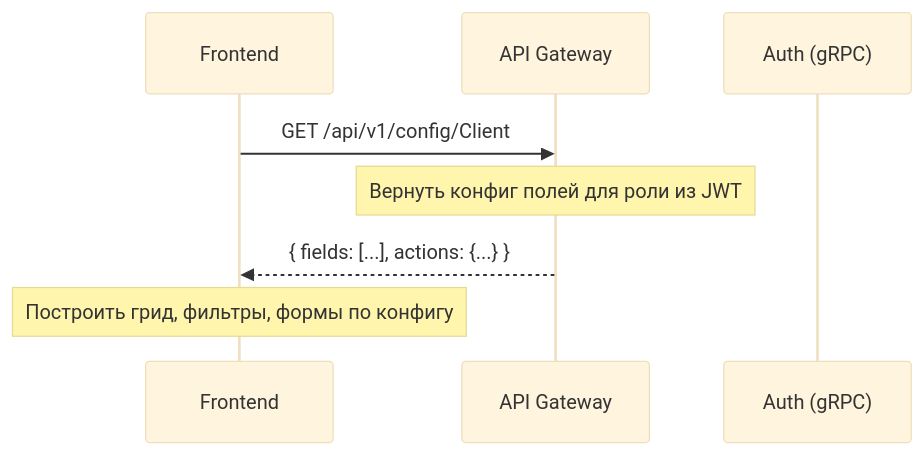
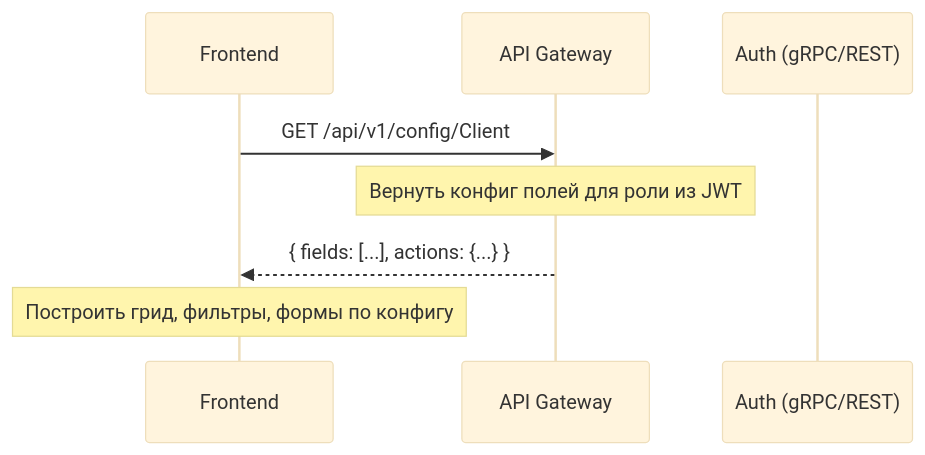
One commit to bebeleeloo/backoffice changed the second of 2 diagrams in docs/architecture/10-api-gateway.md. Above: the diagram before and after it, drawn with Mermaid (base theme). The commit also changed other lines of this file, not shown here.

````diff
--- a/docs/architecture/10-api-gateway.md
+++ b/docs/architecture/10-api-gateway.md
@@ -76,11 +81,11 @@
 ```mermaid
 sequenceDiagram
     participant FE as Frontend
     participant GW as API Gateway
-    participant A as Auth (gRPC)
+    participant A as Auth (gRPC/REST)
 
     FE->>GW: GET /api/v1/config/Client
     Note over GW: Вернуть конфиг полей для роли из JWT
     GW-->>FE: { fields: [...], actions: {...} }
     Note over FE: Построить грид, фильтры, формы по конфигу
 ```
````
